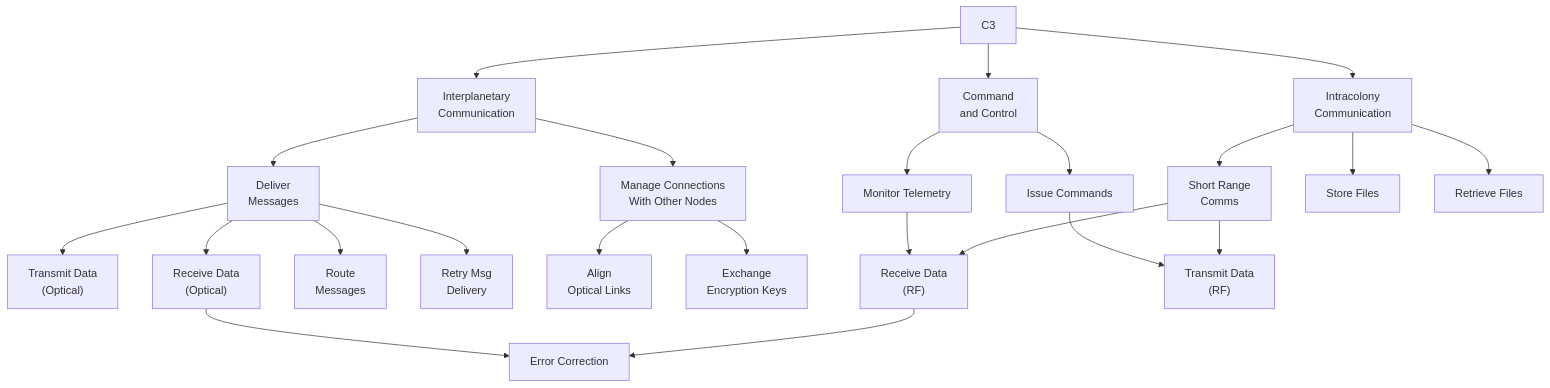
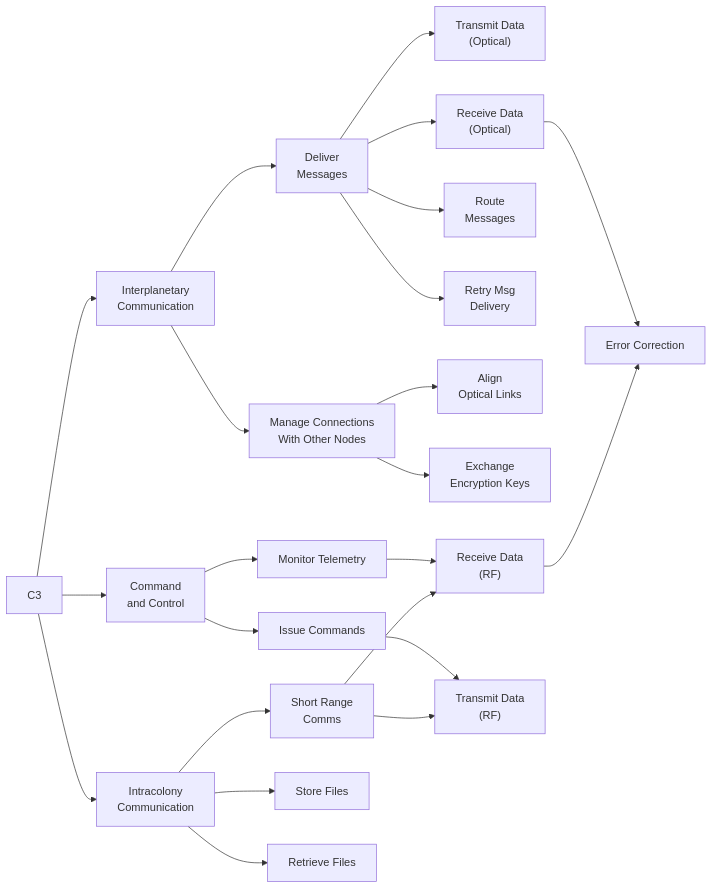
One commit to dyc3/sys-581-group-project changed the diagram in figures/functional-breakdown.mmd. Above: the diagram before and after it, drawn with Mermaid. The commit also changed 12 other files, not shown here.

Commit message:
fix some mermaid figures not rendering text (#124)

```diff
--- a/figures/functional-breakdown.mmd
+++ b/figures/functional-breakdown.mmd
@@ -1,27 +1,27 @@
-flowchart TD
+flowchart LR
     C3 --> interplanet[Interplanetary\n Communication]
+    C3 --> cc[Command\n and Control]
     C3 --> intracolony[Intracolony\n Communication]
-    C3 --> cc[Command\n and Control]
 
     interplanet --> deliver[Deliver\n Messages]
     interplanet --> conns[Manage Connections\nWith Other Nodes]
     deliver --> optictransmit["Transmit Data\n (Optical)"]
     deliver --> opticrecv["Receive Data\n (Optical)"]
     deliver --> route[Route\n Messages]
     deliver --> retry[Retry Msg\n Delivery]
     conns --> align[Align\n Optical Links]
     conns --> keyex[Exchange\n Encryption Keys]
 
     cc --> command[Issue Commands]
     cc --> monitor[Monitor Telemetry]
     monitor --> rfrecv["Receive Data\n (RF)"]
     command --> rftransmit["Transmit Data\n (RF)"]
 
     intracolony --> srr[Short Range\n Comms]
     intracolony --> store[Store Files]
     intracolony --> read[Retrieve Files]
     srr --> rftransmit
     srr --> rfrecv
 
     opticrecv --> error[Error Correction]
     rfrecv --> error
```
